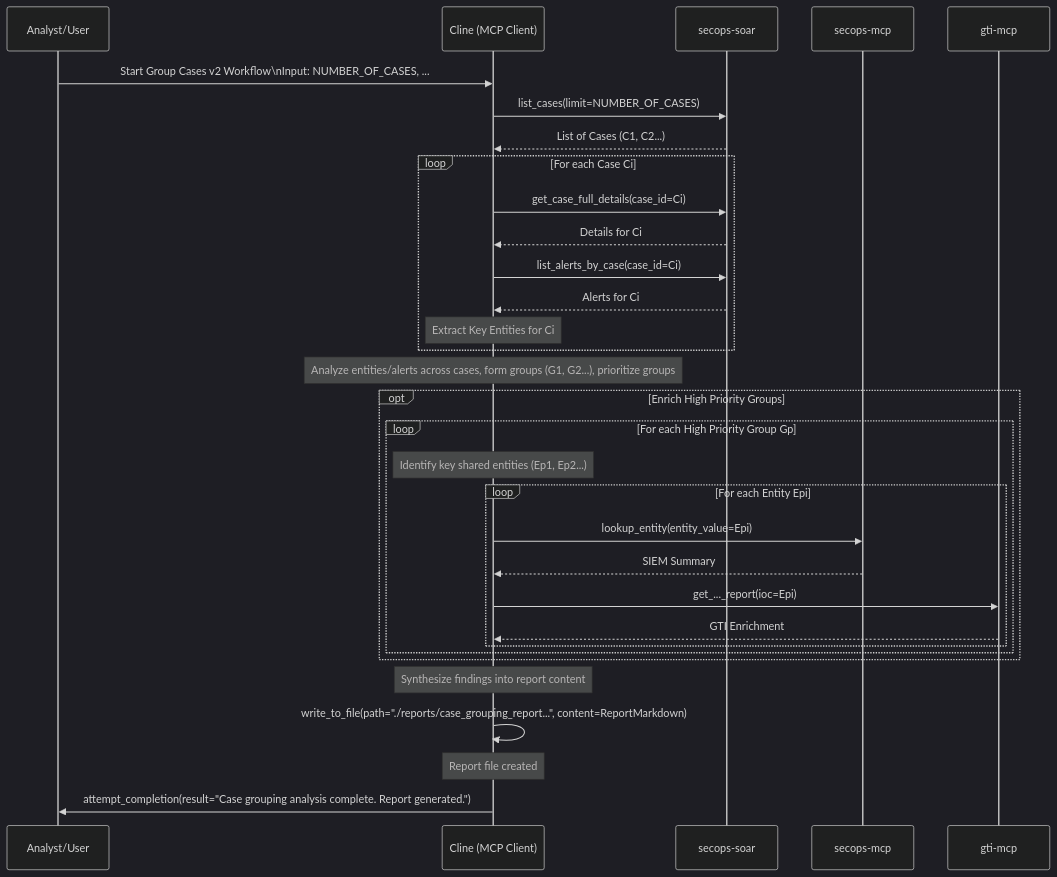
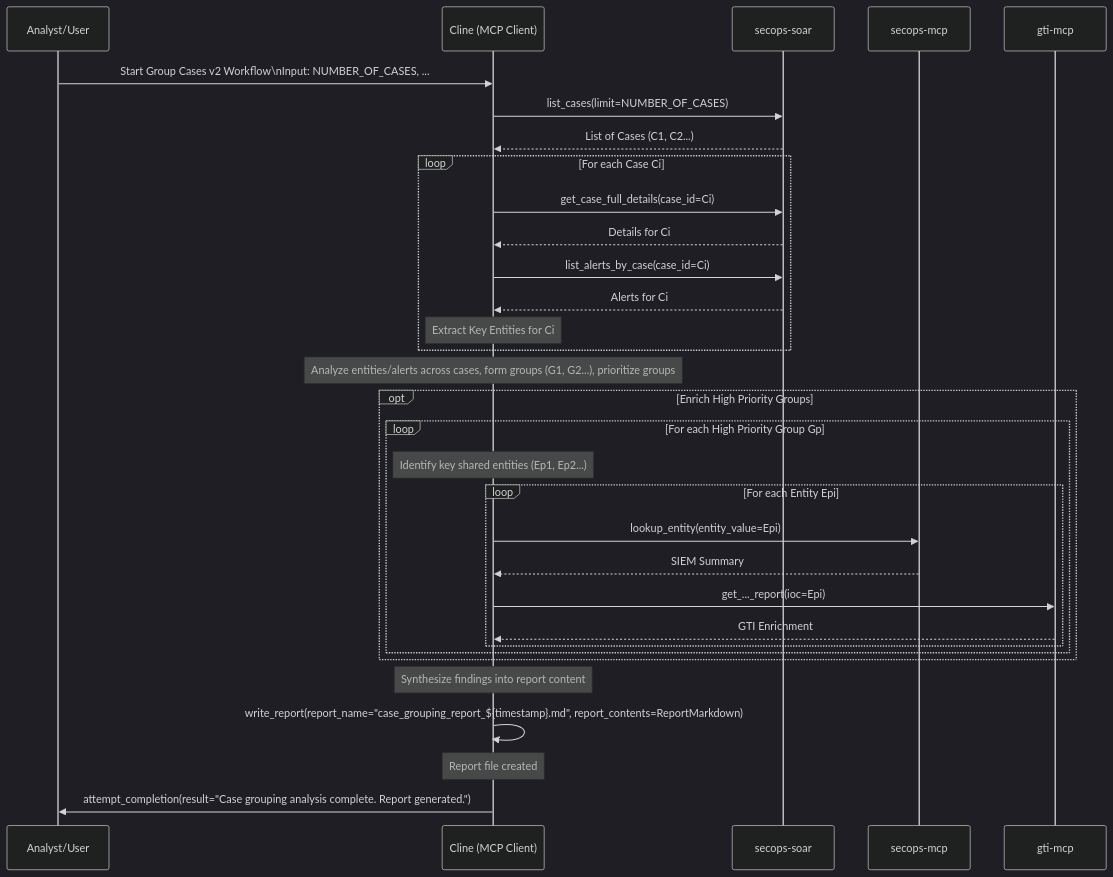
One commit to dandye/adk_runbooks changed the diagram in rules-bank/run_books/group_cases_v2.md. Above: the diagram before and after it, drawn with Mermaid (dark theme). The commit also changed other lines of this file and 18 other files, not shown here.

Commit message:
write_to_file -> write_report

````diff
--- a/rules-bank/run_books/group_cases_v2.md
+++ b/rules-bank/run_books/group_cases_v2.md
@@ -33,47 +33,47 @@
 ```{mermaid}
 sequenceDiagram
     participant Analyst/User
     participant Cline as Cline (MCP Client)
     participant SOAR as secops-soar
     participant SIEM as secops-mcp
     participant GTI as gti-mcp
 
     Analyst/User->>Cline: Start Group Cases v2 Workflow\nInput: NUMBER_OF_CASES, ...
 
     %% Step 1: List Cases
     Cline->>SOAR: list_cases(limit=NUMBER_OF_CASES)
     SOAR-->>Cline: List of Cases (C1, C2...)
 
     %% Step 2: Gather Details
     loop For each Case Ci
         Cline->>SOAR: get_case_full_details(case_id=Ci)
         SOAR-->>Cline: Details for Ci
         Cline->>SOAR: list_alerts_by_case(case_id=Ci)
         SOAR-->>Cline: Alerts for Ci
         Note over Cline: Extract Key Entities for Ci
     end
 
     %% Step 3 & 4: Group & Prioritize
     Note over Cline: Analyze entities/alerts across cases, form groups (G1, G2...), prioritize groups
 
     %% Step 5: Enrich (Optional)
     opt Enrich High Priority Groups
         loop For each High Priority Group Gp
             Note over Cline: Identify key shared entities (Ep1, Ep2...)
             loop For each Entity Epi
                 Cline->>SIEM: lookup_entity(entity_value=Epi)
                 SIEM-->>Cline: SIEM Summary
                 Cline->>GTI: get_..._report(ioc=Epi)
                 GTI-->>Cline: GTI Enrichment
             end
         end
     end
 
     %% Step 6: Generate Report
     Note over Cline: Synthesize findings into report content
-    Cline->>Cline: write_to_file(path="./reports/case_grouping_report...", content=ReportMarkdown)
+    Cline->>Cline: write_report(report_name="case_grouping_report_${timestamp}.md", report_contents=ReportMarkdown)
     Note over Cline: Report file created
 
     Cline->>Analyst/User: attempt_completion(result="Case grouping analysis complete. Report generated.")
 
 ```
````
